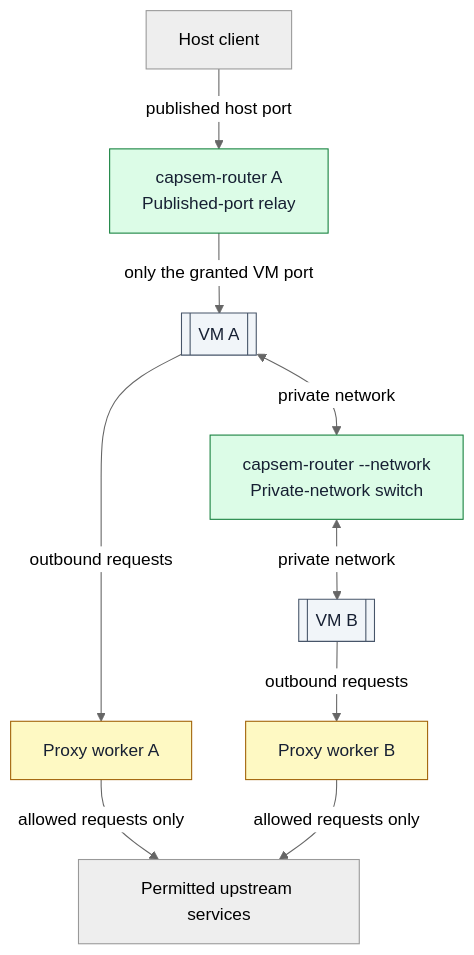
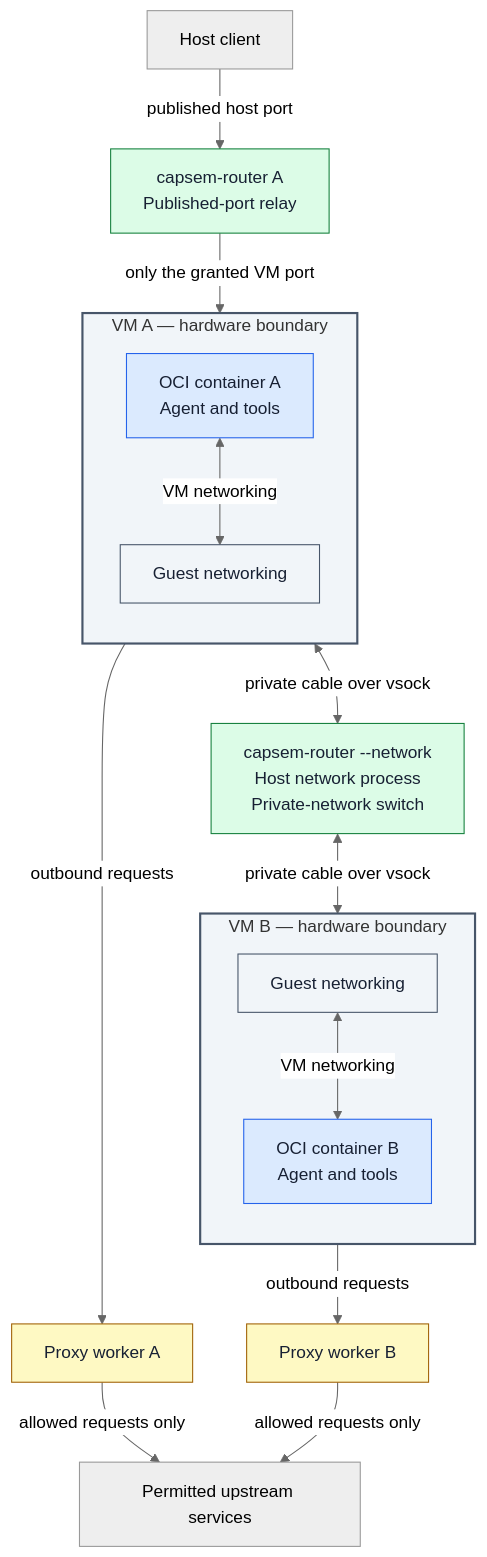
Before and after one commit to google/capsem: the second of 2 diagrams in web/docs/src/content/docs/architecture/security.md, drawn with Mermaid. The commit also changed other lines of this file and 1 other file, not shown here.

Commit message:
docs(security): show OCI containers and inter-VM network process

````diff
--- a/web/docs/src/content/docs/architecture/security.md
+++ b/web/docs/src/content/docs/architecture/security.md
@@ -135,28 +149,42 @@
 ```mermaid
 %%{init: {"theme": "neutral"}}%%
 flowchart TB
   host["Host client"]
   relay["capsem-router A<br/>Published-port relay"]
-  a[["VM A"]]
-  b[["VM B"]]
-  switch["capsem-router --network<br/>Private-network switch"]
+  subgraph a["VM A — hardware boundary"]
+    direction TB
+    containerA["OCI container A<br/>Agent and tools"]
+    guestA["Guest networking"]
+    containerA <-->|"VM networking"| guestA
+  end
+  switch["capsem-router --network<br/>Host network process<br/>Private-network switch"]
+  subgraph b["VM B — hardware boundary"]
+    direction TB
+    guestB["Guest networking"]
+    containerB["OCI container B<br/>Agent and tools"]
+    guestB <-->|"VM networking"| containerB
+  end
   proxyA["Proxy worker A"]
   proxyB["Proxy worker B"]
   upstream["Permitted upstream services"]
 
   host -->|"published host port"| relay
-  relay -->|"only the granted VM port"| a
-  a <-->|"private network"| switch
-  switch <-->|"private network"| b
-  a -->|"outbound requests"| proxyA
-  b -->|"outbound requests"| proxyB
+  relay -->|"only the granted VM port"| guestA
+  guestA <-->|"private cable over vsock"| switch
+  switch <-->|"private cable over vsock"| guestB
+  guestA -->|"outbound requests"| proxyA
+  guestB -->|"outbound requests"| proxyB
   proxyA -->|"allowed requests only"| upstream
   proxyB -->|"allowed requests only"| upstream
 
   classDef scoped fill:#fef9c3,stroke:#a16207,color:#172033
   classDef minimal fill:#dcfce7,stroke:#15803d,color:#172033
   classDef hardware fill:#f1f5f9,stroke:#475569,color:#172033
+  classDef guest fill:#dbeafe,stroke:#2563eb,color:#172033
   class proxyA,proxyB scoped
   class relay,switch minimal
-  class a,b hardware
+  class containerA,containerB guest
+  class guestA,guestB hardware
+  style a fill:#f1f5f9,stroke:#475569,stroke-width:2px
+  style b fill:#f1f5f9,stroke:#475569,stroke-width:2px
 ```
````
